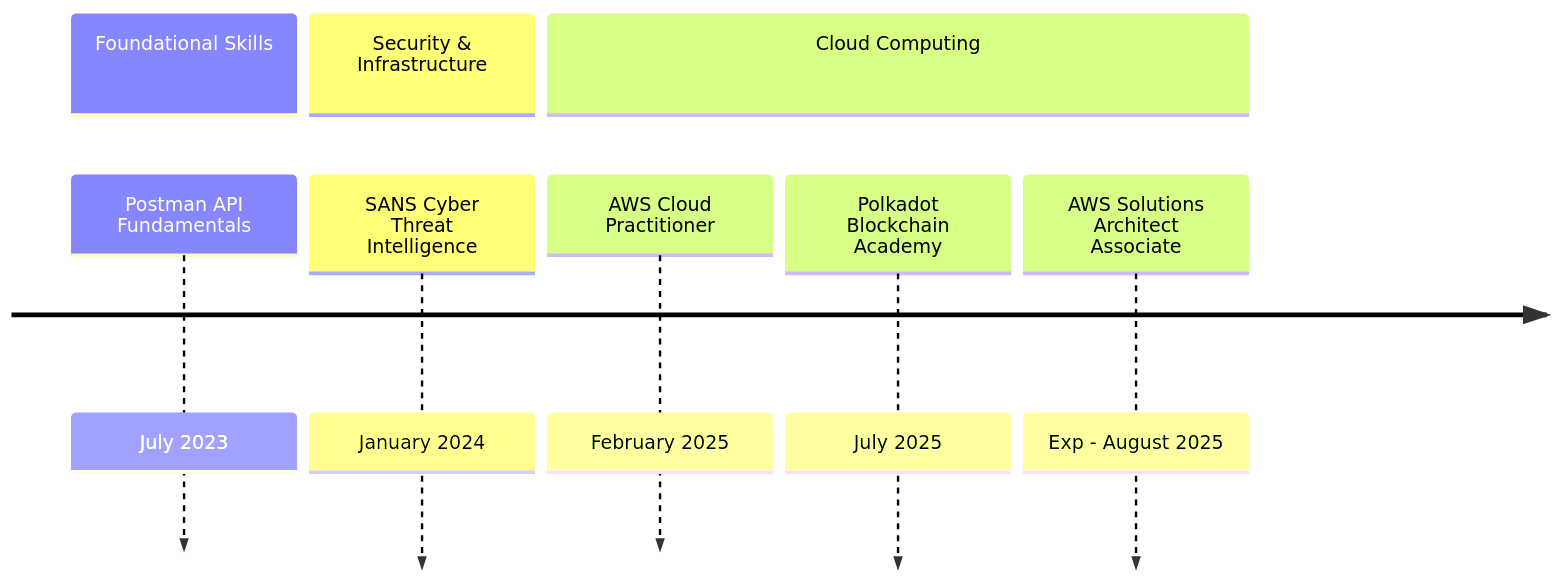
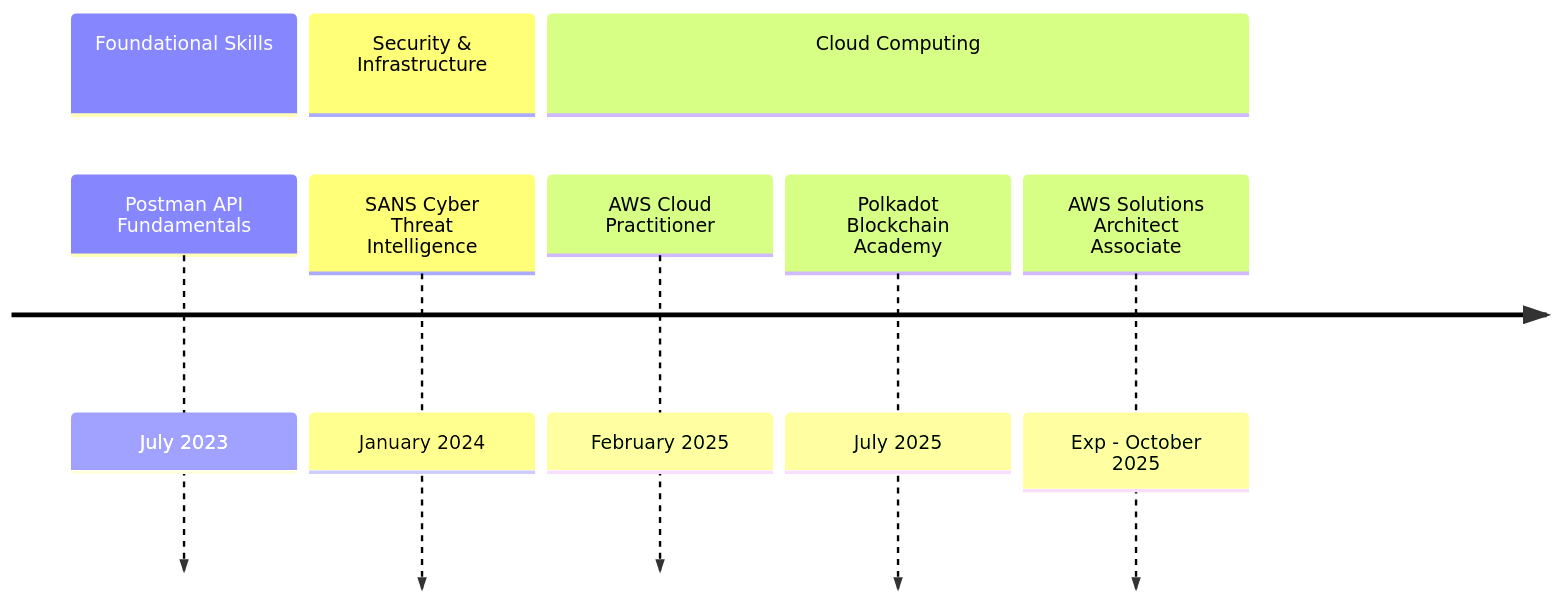
The diagram in README.md (saraprettyman/saraprettyman), drawn with Mermaid before and after one commit.

````diff
--- a/README.md
+++ b/README.md
@@ -73,12 +73,12 @@
 ```mermaid
 timeline
     title 
     section Foundational Skills
         Postman API Fundamentals : July 2023
     section Security & Infrastructure
         SANS Cyber Threat Intelligence : January 2024
     section Cloud Computing
         AWS Cloud Practitioner : February 2025
         Polkadot Blockchain Academy : July 2025
-        AWS Solutions Architect Associate : Exp - August 2025
+        AWS Solutions Architect Associate : Exp - October 2025
 ```
````
